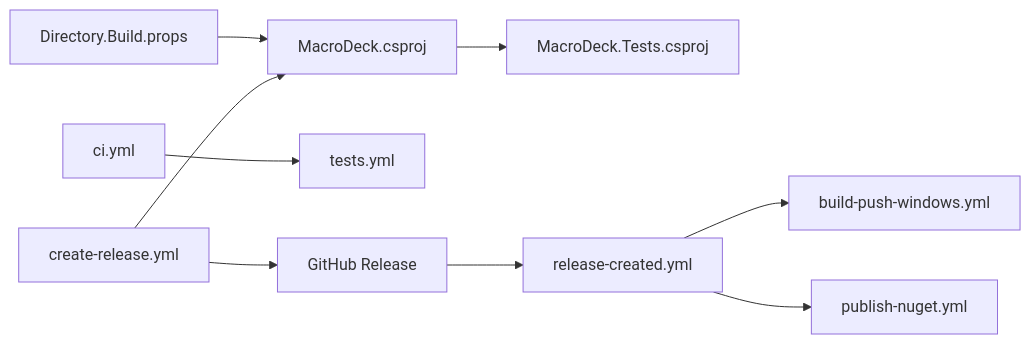
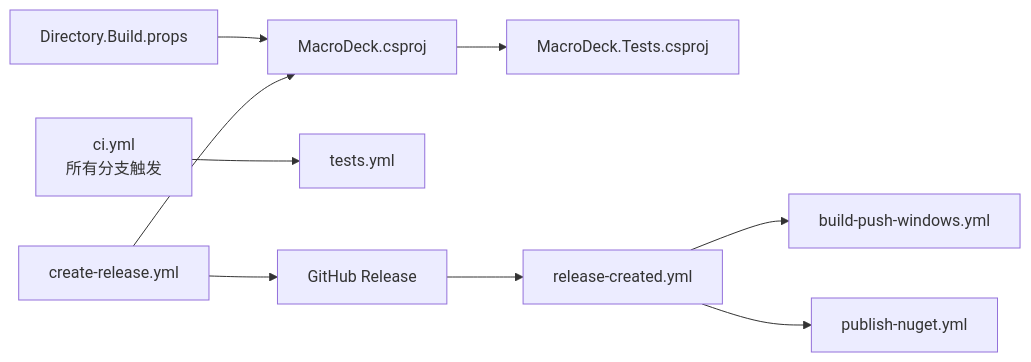
Before and after one commit to tea4go/Macro-Deck: the third of 3 diagrams in .qoder/repowiki/zh/content/开发者指南/贡献流程.md, drawn with Mermaid. The commit also changed other lines of this file and 19 other files, not shown here.

````diff
--- a/.qoder/repowiki/zh/content/开发者指南/贡献流程.md
+++ b/.qoder/repowiki/zh/content/开发者指南/贡献流程.md
@@ -244,11 +248,11 @@
 ```mermaid
 graph LR
 Props["Directory.Build.props"] --> Proj["MacroDeck.csproj"]
 Proj --> TestsProj["MacroDeck.Tests.csproj"]
-CI["ci.yml"] --> Tests["tests.yml"]
+CI["ci.yml<br/>所有分支触发"] --> Tests["tests.yml"]
 Release["create-release.yml"] --> Proj
 Release --> GHRelease["GitHub Release"]
 GHRelease --> RC["release-created.yml"]
 RC --> Win["build-push-windows.yml"]
 RC --> Nu["publish-nuget.yml"]
 ```
````
